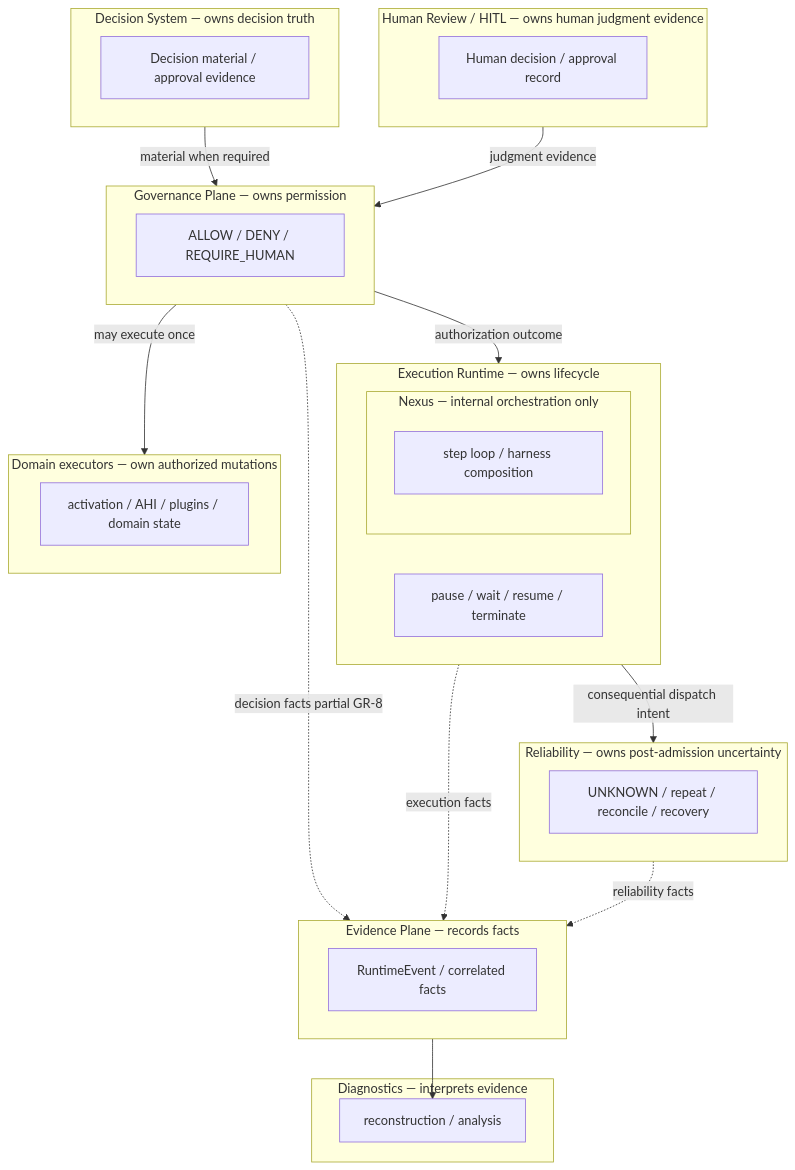
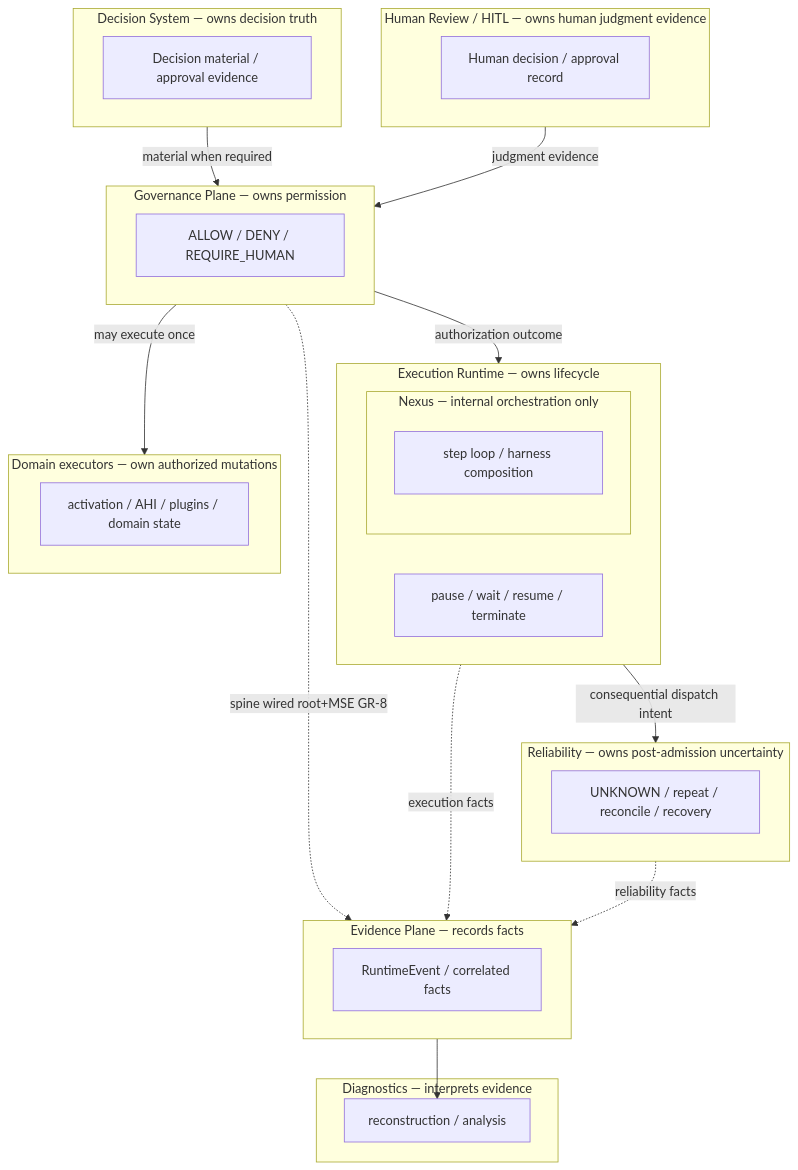
Before and after one commit to jakbuczarnecki/intergrax: the first of 11 diagrams in docs/project/architecture/GOVERNED_EXECUTION.md, drawn with Mermaid. The commit also changed other lines of this file and 4 other files, not shown here.

````diff
--- a/docs/project/architecture/GOVERNED_EXECUTION.md
+++ b/docs/project/architecture/GOVERNED_EXECUTION.md
@@ -106,39 +106,39 @@
 ```mermaid
 flowchart TB
   subgraph DS["Decision System — owns decision truth"]
     DM[Decision material / approval evidence]
   end
   subgraph GP["Governance Plane — owns permission"]
     GOV[ALLOW / DENY / REQUIRE_HUMAN]
   end
   subgraph HR["Human Review / HITL — owns human judgment evidence"]
     HJ[Human decision / approval record]
   end
   subgraph EX["Execution Runtime — owns lifecycle"]
     LC[pause / wait / resume / terminate]
     subgraph NEX["Nexus — internal orchestration only"]
       ORCH[step loop / harness composition]
     end
   end
   subgraph RL["Reliability — owns post-admission uncertainty"]
     UNK[UNKNOWN / repeat / reconcile / recovery]
   end
   subgraph EV["Evidence Plane — records facts"]
     FACT[RuntimeEvent / correlated facts]
   end
   subgraph DG["Diagnostics — interprets evidence"]
     DIAG[reconstruction / analysis]
   end
   subgraph DE["Domain executors — own authorized mutations"]
     MUT[activation / AHI / plugins / domain state]
   end
   DS -->|material when required| GP
   HR -->|judgment evidence| GP
   GP -->|authorization outcome| EX
   GP -->|may execute once| DE
   EX -->|consequential dispatch intent| RL
-  GP -.->|decision facts partial GR-8| EV
+  GP -.->|spine wired root+MSE GR-8| EV
   EX -.->|execution facts| EV
   RL -.->|reliability facts| EV
   EV --> DIAG
 ```
````
